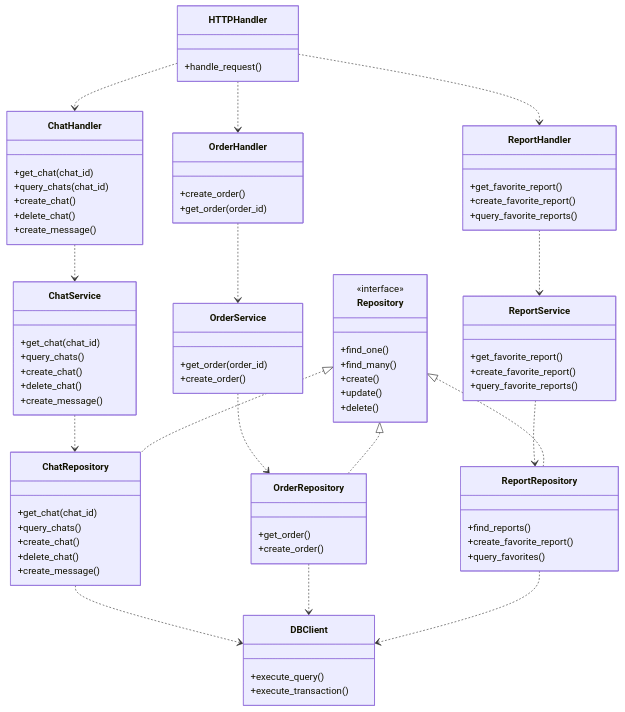
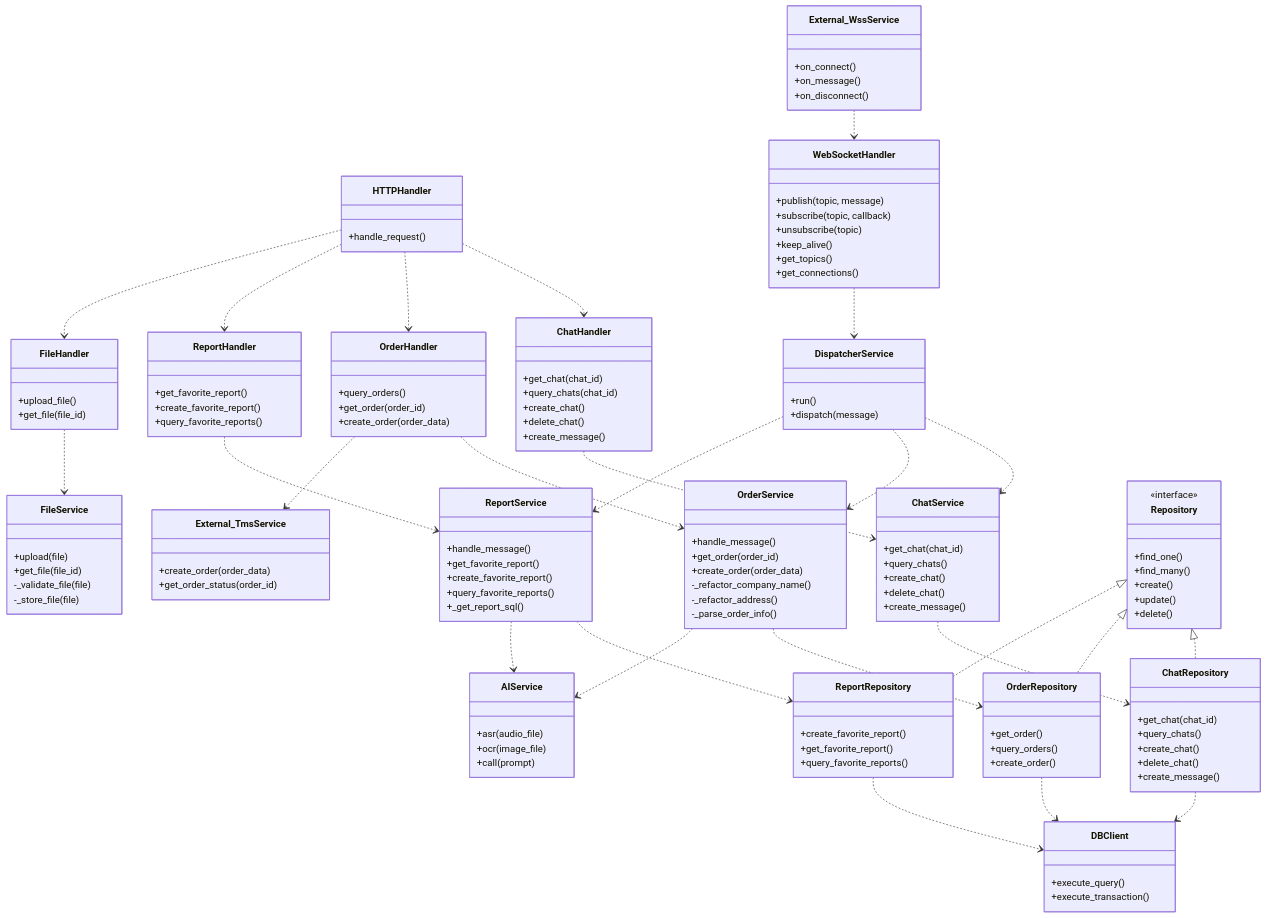
The diagram in ai-coding/output/应用软件分层架构E-R图.md (hanhzf/aiops), drawn with Mermaid before and after one commit. The commit also changed 1 other file, not shown here.

Commit message:
update message

````diff
--- a/ai-coding/output/应用软件分层架构E-R图.md
+++ b/ai-coding/output/应用软件分层架构E-R图.md
@@ -4,5 +4,6 @@
 ```mermaid
 classDiagram
+    %% HTTP Handlers
     class HTTPHandler {
         +handle_request()
     }
@@ -16,14 +17,41 @@
     }
     
     class OrderHandler {
-        +create_order()
+        +query_orders()
         +get_order(order_id)
+        +create_order(order_data)
     }
     
     class ReportHandler {
         +get_favorite_report()
         +create_favorite_report()
         +query_favorite_reports()
+    }
+
+    class FileHandler {
+        +upload_file()
+        +get_file(file_id)
+    }
+
+    class External_WssService {
+        +on_connect()
+        +on_message()
+        +on_disconnect()
+    }
+
+    %% Services
+    class WebSocketHandler {
+        +publish(topic, message)
+        +subscribe(topic, callback)
+        +unsubscribe(topic)
+        +keep_alive()
+        +get_topics()
+        +get_connections()
+    }
+
+    class DispatcherService {
+        +run()
+        +dispatch(message)
     }
 
     class ChatService {
@@ -35,16 +63,41 @@
     }
 
     class OrderService {
+        +handle_message()
         +get_order(order_id)
-        +create_order()
+        +create_order(order_data)
+        -_refactor_company_name()
+        -_refactor_address()
+        -_parse_order_info()
     }
 
     class ReportService {
+        +handle_message()
         +get_favorite_report()
         +create_favorite_report()
         +query_favorite_reports()
+        +_get_report_sql()
     }
 
+    class FileService {
+        +upload(file)
+        +get_file(file_id)
+        -_validate_file(file)
+        -_store_file(file)
+    }
+
+    class AIService {
+        +asr(audio_file)
+        +ocr(image_file) 
+        +call(prompt)
+    }
+
+    class External_TmsService {
+        +create_order(order_data)
+        +get_order_status(order_id)
+    }
+
+    %% Infrastructure
     class DBClient {
         +execute_query()
         +execute_transaction()
@@ -69,26 +122,40 @@
 
     class OrderRepository {
         +get_order()
+        +query_orders()
         +create_order()
     }
 
     class ReportRepository {
-        +find_reports()
         +create_favorite_report()
-        +query_favorites()
+        +get_favorite_report()
+        +query_favorite_reports()
     }
 
+    %% Dependencies
     HTTPHandler ..> ChatHandler
     HTTPHandler ..> OrderHandler
     HTTPHandler ..> ReportHandler
+    HTTPHandler ..> FileHandler
+    
+    External_WssService ..> WebSocketHandler
+    WebSocketHandler ..> DispatcherService
+    
+    DispatcherService ..> ChatService
+    DispatcherService ..> OrderService
+    DispatcherService ..> ReportService
     
     ChatHandler ..> ChatService
     OrderHandler ..> OrderService
     ReportHandler ..> ReportService
+    FileHandler ..> FileService
     
     ChatService ..> ChatRepository
     OrderService ..> OrderRepository
+    OrderHandler ..> External_TmsService
+    OrderService ..> AIService
     ReportService ..> ReportRepository
+    ReportService ..> AIService
     
     Repository <|.. ChatRepository
     Repository <|.. OrderRepository
````
